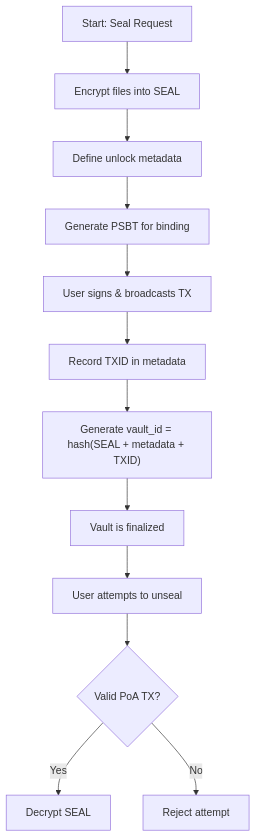
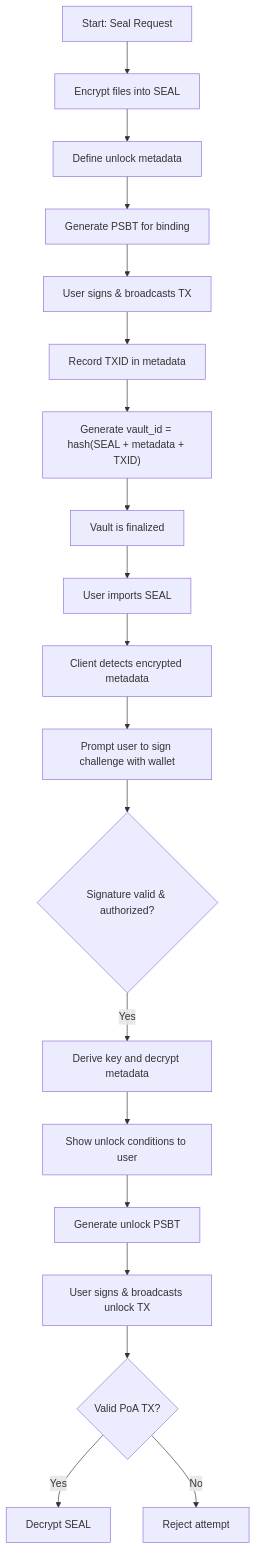
One commit to Xaxis/lock-protocol changed the diagram in diagrams/Vault Lifecycle Diagram.mmd. Above: the diagram before and after it, drawn with Mermaid.

Commit message:
Update Vault Lifecycle Diagram.mmd

```diff
--- a/diagrams/Vault Lifecycle Diagram.mmd
+++ b/diagrams/Vault Lifecycle Diagram.mmd
@@ -1,12 +1,19 @@
 flowchart TD
     A["Start: Seal Request"] --> B["Encrypt files into SEAL"]
     B --> C["Define unlock metadata"]
     C --> D["Generate PSBT for binding"]
     D --> E["User signs & broadcasts TX"]
     E --> F["Record TXID in metadata"]
     F --> G["Generate vault_id = hash(SEAL + metadata + TXID)"]
     G --> H["Vault is finalized"]
-    H --> I["User attempts to unseal"]
-    I --> J{"Valid PoA TX?"}
-    J -- Yes --> K["Decrypt SEAL"]
-    J -- No --> L["Reject attempt"]
+    H --> I["User imports SEAL"]
+    I --> J["Client detects encrypted metadata"]
+    J --> K["Prompt user to sign challenge with wallet"]
+    K --> L{"Signature valid & authorized?"}
+    L -- Yes --> M["Derive key and decrypt metadata"]
+    M --> N["Show unlock conditions to user"]
+    N --> O["Generate unlock PSBT"]
+    O --> P["User signs & broadcasts unlock TX"]
+    P --> Q{"Valid PoA TX?"}
+    Q -- Yes --> R["Decrypt SEAL"]
+    Q -- No --> S["Reject attempt"]
```
